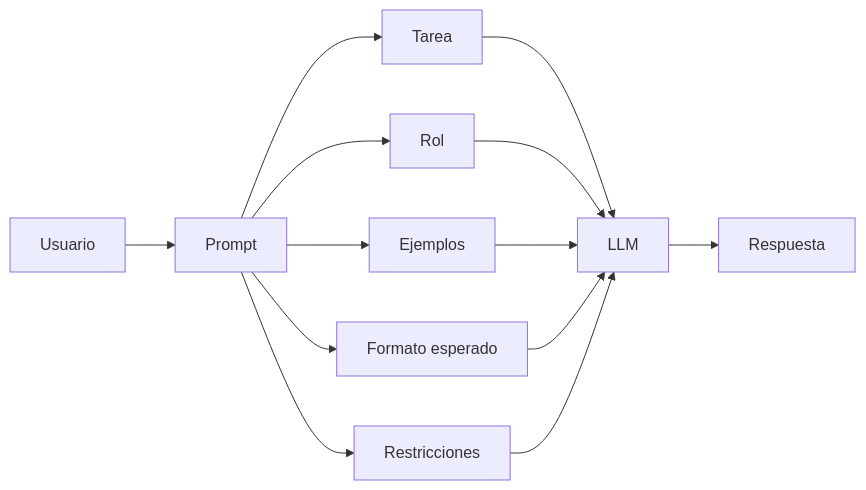
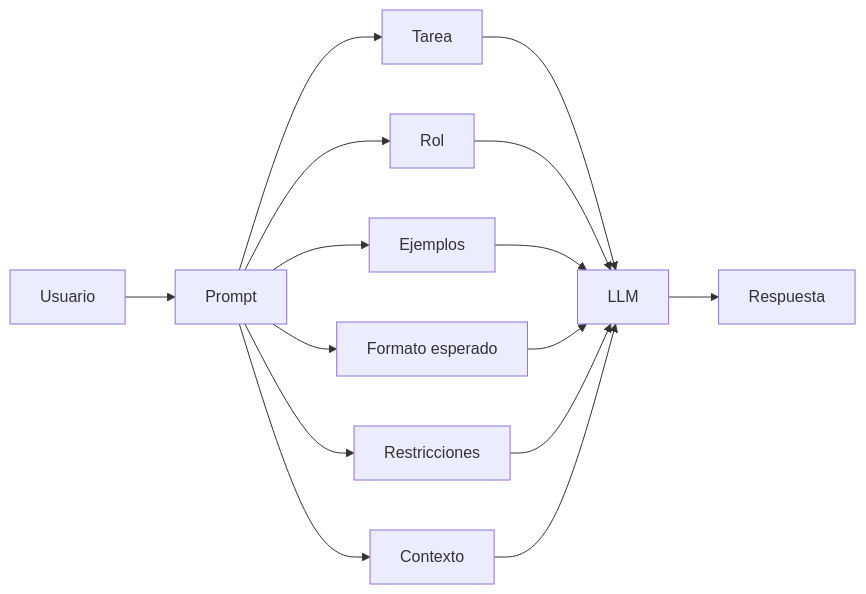
One commit to jjrosalesuci/ia changed the diagram in Conceptos/01-prompt.md. Above: the diagram before and after it, drawn with Mermaid. The commit also changed other lines of this file and 6 other files, not shown here.

````diff
--- a/Conceptos/01-prompt.md
+++ b/Conceptos/01-prompt.md
@@ -47,15 +133,17 @@
 ```mermaid
 flowchart LR
     U[Usuario] --> P[Prompt]
     P --> TASK[Tarea]
     P --> ROL[Rol]
     P --> EJ[Ejemplos]
     P --> FMT[Formato esperado]
     P --> RESTR[Restricciones]
+    P --> CTX[Contexto]
     TASK --> LLM[LLM]
     ROL --> LLM
     EJ --> LLM
     FMT --> LLM
     RESTR --> LLM
+    CTX --> LLM
     LLM --> R[Respuesta]
 ```
````
